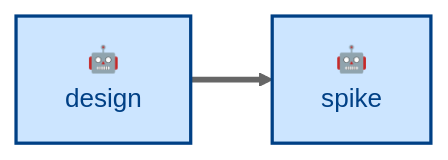
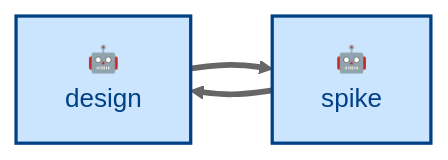
Before and after one commit to kieranpotts/skills: the diagram in skills/spike/README.md, drawn with Mermaid (neutral theme). The commit also changed other lines of this file and 56 other files, not shown here.

````diff
--- a/skills/spike/README.md
+++ b/skills/spike/README.md
@@ -26,14 +56,15 @@
 ```mermaid
 flowchart LR
   %% Node labels and classes.
   design["🤖<br/>design"]:::agentic
   spike["🤖<br/>spike"]:::agentic
 
   %% Main workflow sequence.
   design ==> spike
+  spike ==> design
 
   %% Class definitions.
   classDef agentic fill:#cce5ff,stroke:#004085,color:#004085,stroke-width:2px
   classDef scripted fill:#e2e3e5,stroke:#4b5157,color:#383d41,stroke-width:2px
   classDef anthropic fill:#fff3cd,stroke:#856404,color:#856404,stroke-width:1px,stroke-dasharray:2 3
 ```
````
